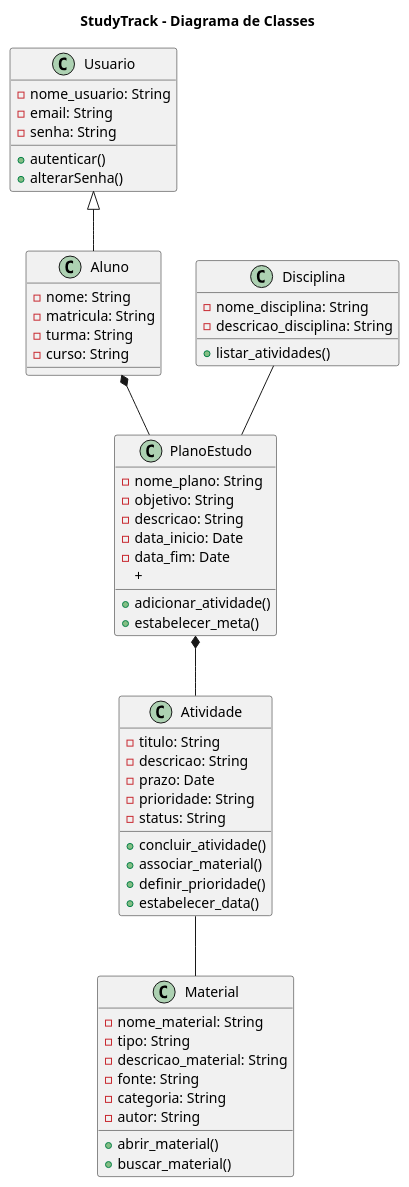
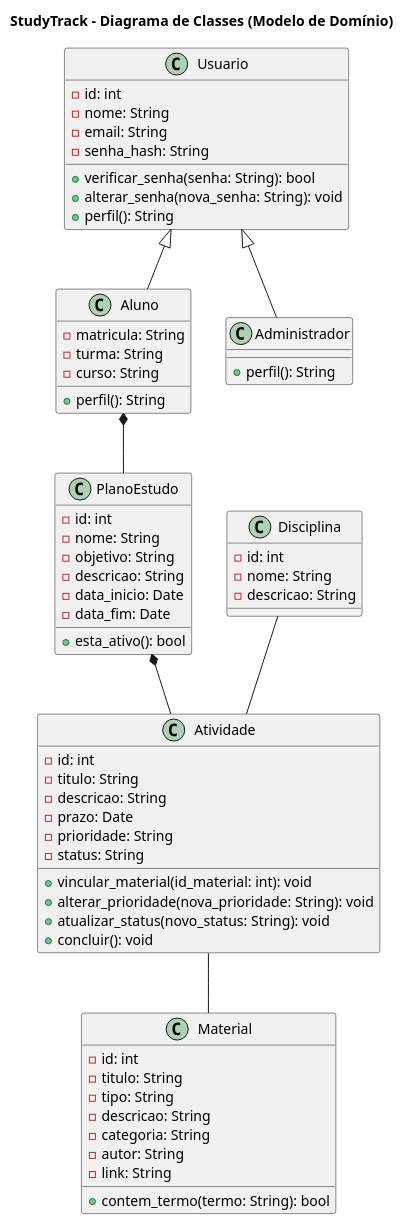
The diagram in docs/diagrama_classes.puml (fabheit3886/StudyTrack), drawn with PlantUML before and after one commit.

Commit message:
Diagrama UML ajustado

```diff
--- a/docs/diagrama_classes.puml
+++ b/docs/diagrama_classes.puml
@@ -1,66 +1,72 @@
 @startuml
-title StudyTrack - Diagrama de Classes
+title StudyTrack - Diagrama de Classes (Modelo de Domínio)
+
 class Usuario {
-    - nome_usuario: String
+    - id: int
+    - nome: String
     - email: String
-    - senha: String
-    + autenticar()
-    + alterarSenha()
+    - senha_hash: String
+    + verificar_senha(senha: String): bool
+    + alterar_senha(nova_senha: String): void
+    + perfil(): String
 }
 
 class Aluno {
-    - nome: String
     - matricula: String
     - turma: String
     - curso: String
+    + perfil(): String
+}
 
+class Administrador {
+    + perfil(): String
 }
 
 class Disciplina {
-    - nome_disciplina: String
-    - descricao_disciplina: String
-    + listar_atividades()
-
+    - id: int
+    - nome: String
+    - descricao: String
 }
 
 class Material {
-    - nome_material: String
+    - id: int
+    - titulo: String
     - tipo: String
-    - descricao_material: String
-    - fonte: String
+    - descricao: String
     - categoria: String
     - autor: String
-    + abrir_material()
-    + buscar_material()
+    - link: String
+    + contem_termo(termo: String): bool
 }
 
 class PlanoEstudo {
-    - nome_plano: String
+    - id: int
+    - nome: String
     - objetivo: String
     - descricao: String
     - data_inicio: Date
     - data_fim: Date
-    + adicionar_atividade()
-    + estabelecer_meta()
-    +
-
+    + esta_ativo(): bool
 }
 
 class Atividade {
+    - id: int
     - titulo: String
     - descricao: String
     - prazo: Date
     - prioridade: String
     - status: String
-    + concluir_atividade()
-    + associar_material()
-    + definir_prioridade()
-    + estabelecer_data()
+    + vincular_material(id_material: int): void
+    + alterar_prioridade(nova_prioridade: String): void
+    + atualizar_status(novo_status: String): void
+    + concluir(): void
 }
 
-Usuario <|-- Aluno 
-Aluno *-- PlanoEstudo 
+Usuario <|-- Aluno
+Usuario <|-- Administrador
+
+Aluno *-- PlanoEstudo
 PlanoEstudo *-- Atividade
-Disciplina -- PlanoEstudo
+Disciplina -- Atividade
 Atividade -- Material
 @enduml
```
